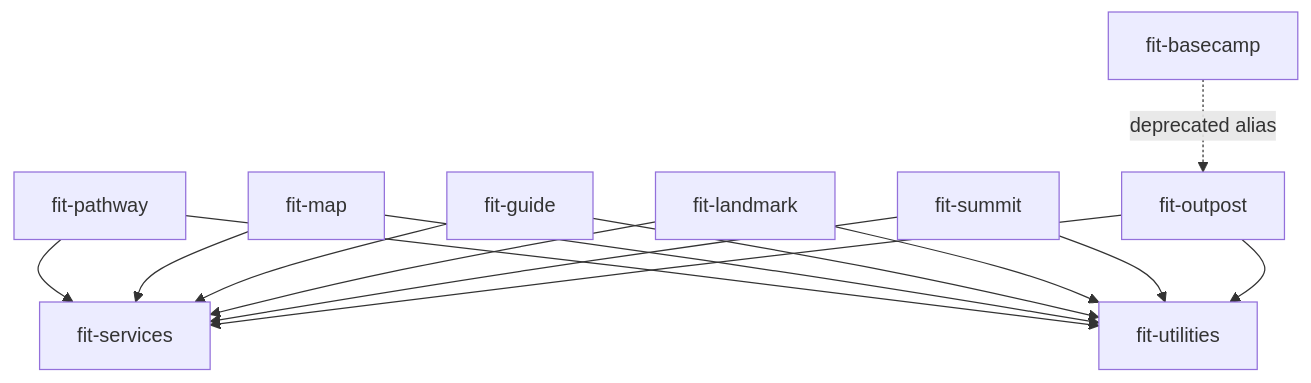
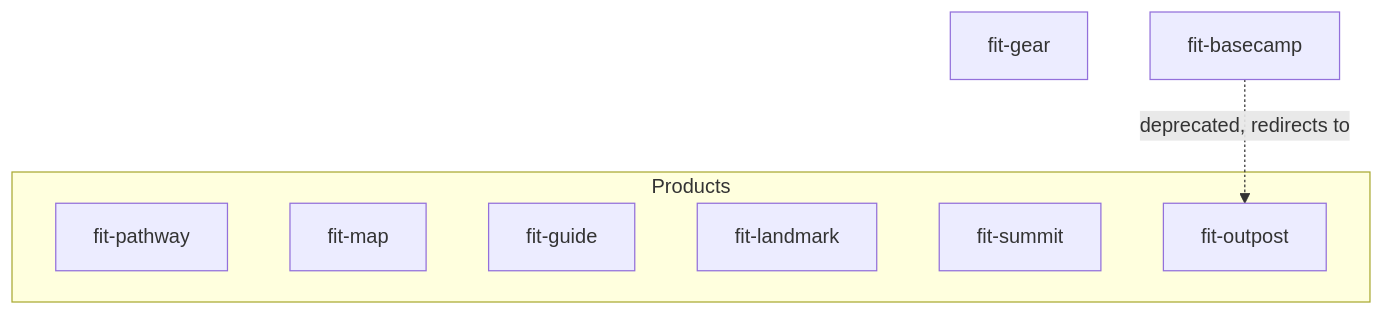
The diagram in specs/740-seed-homebrew-tap/design-a.md (forwardimpact/pathway), drawn with Mermaid before and after one commit. The commit also changed other lines of this file and 1 other file, not shown here.

First line of the commit message:
fix: consolidate fit-services + fit-utilities into fit-gear

````diff
--- a/specs/740-seed-homebrew-tap/design-a.md
+++ b/specs/740-seed-homebrew-tap/design-a.md
@@ -17,16 +17,13 @@
 ```mermaid
 graph TD
-    pathway[fit-pathway] --> services[fit-services]
-    pathway --> utilities[fit-utilities]
-    map[fit-map] --> services
-    map --> utilities
-    guide[fit-guide] --> services
-    guide --> utilities
-    landmark[fit-landmark] --> services
-    landmark --> utilities
-    summit[fit-summit] --> services
-    summit --> utilities
-    outpost[fit-outpost] --> services
-    outpost --> utilities
-    basecamp[fit-basecamp] -.->|deprecated alias| outpost
+    subgraph Products
+        pathway[fit-pathway]
+        map[fit-map]
+        guide[fit-guide]
+        landmark[fit-landmark]
+        summit[fit-summit]
+        outpost[fit-outpost]
+    end
+    gear[fit-gear]
+    basecamp[fit-basecamp] -.->|deprecated, redirects to| outpost
 ```
````
